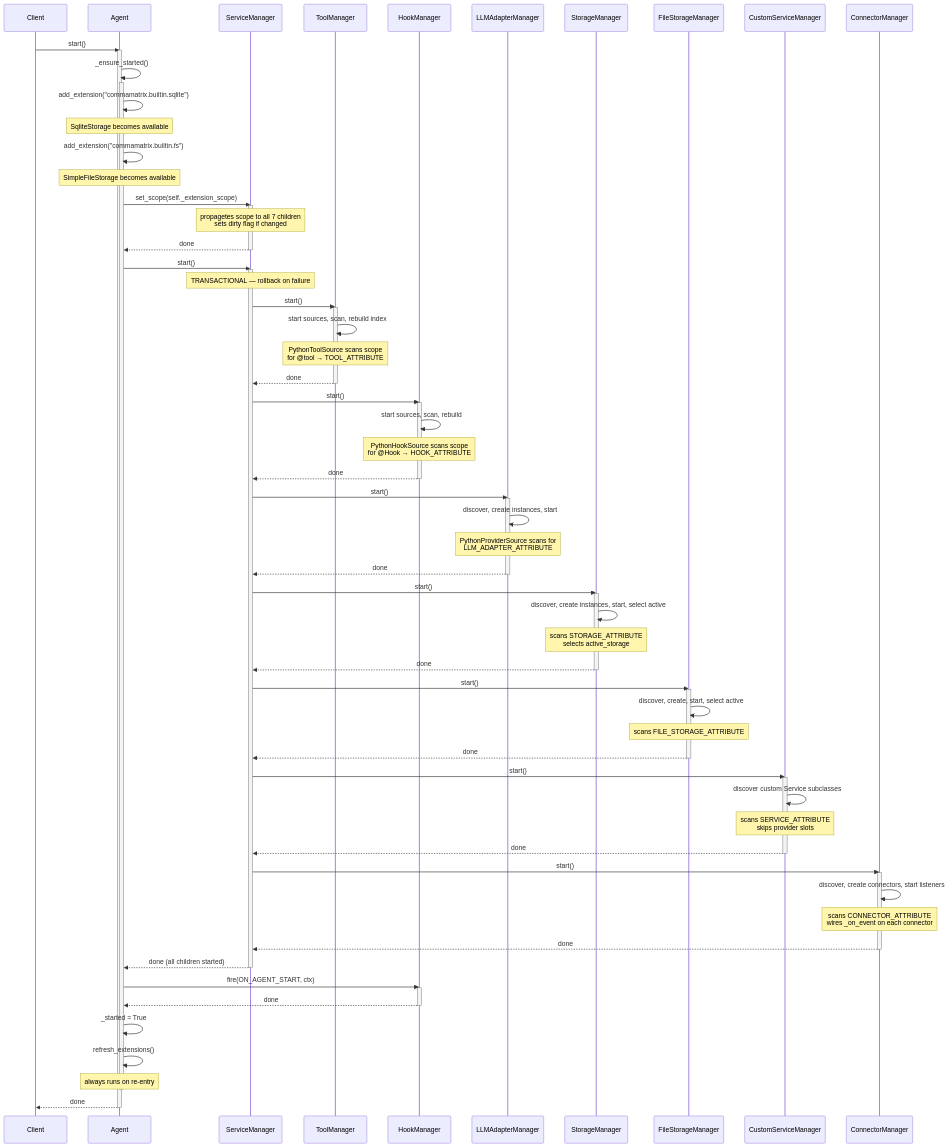
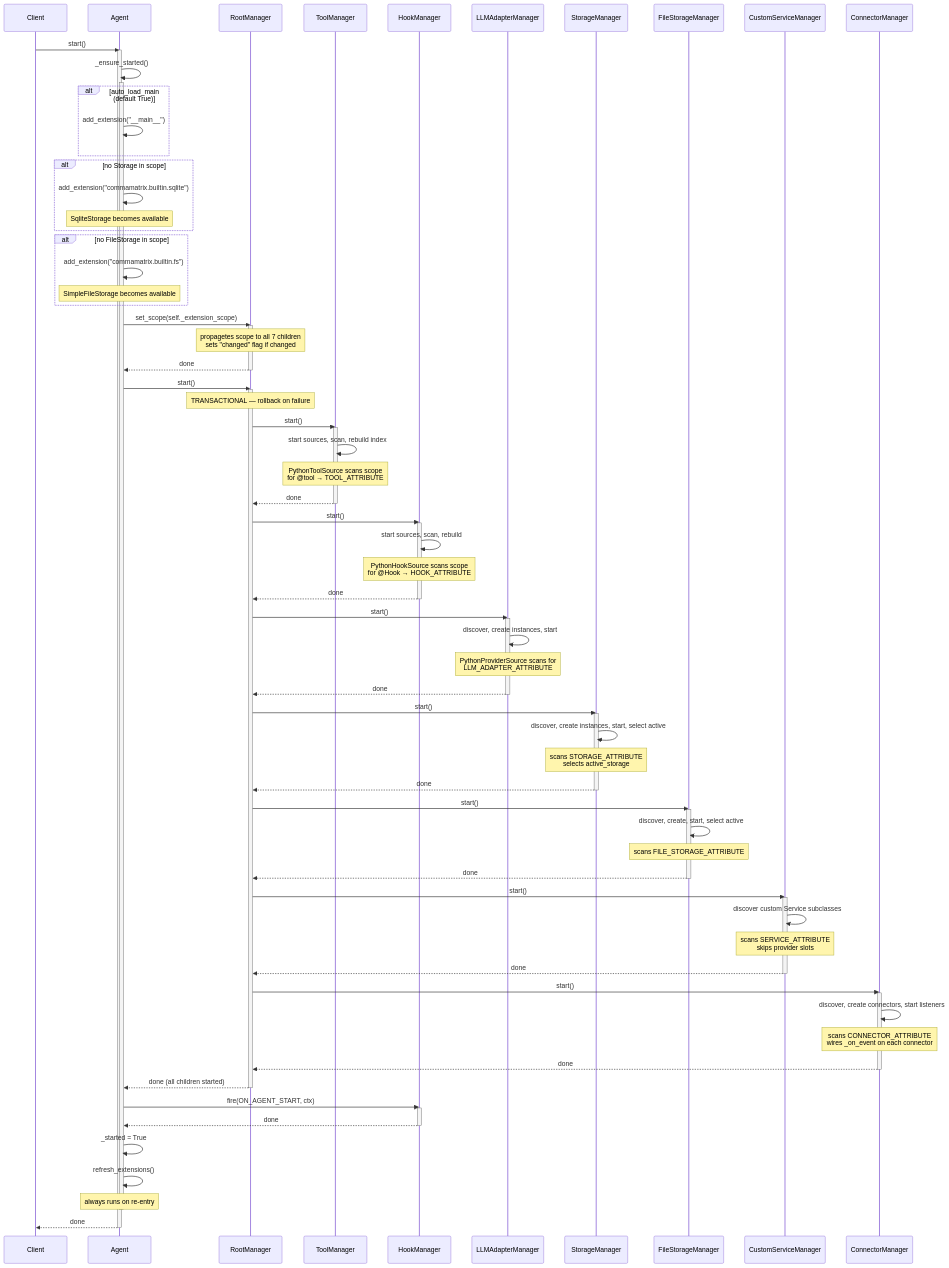
Before and after one commit to matrixd0t/commamatrix: the sixth of 12 diagrams in visuals.md, drawn with Mermaid. The commit also changed other lines of this file and 34 other files, not shown here.

```diff
--- a/visuals.md
+++ b/visuals.md
@@ -244,7 +237,7 @@
 sequenceDiagram
     participant Client
     participant Agent
-    participant SM as ServiceManager
+    participant SM as RootManager
     participant TM as ToolManager
     participant HM as HookManager
     participant LM as LLMAdapterManager
@@ -259,15 +252,23 @@
     Agent->>Agent: _ensure_started()
     activate Agent
 
-    Agent->>Agent: add_extension("commamatrix.builtin.sqlite")
-    Note over Agent: SqliteStorage becomes available
+    alt auto_load_main (default True)
+        Agent->>Agent: add_extension("__main__")
+    end
 
-    Agent->>Agent: add_extension("commamatrix.builtin.fs")
-    Note over Agent: SimpleFileStorage becomes available
+    alt no Storage in scope
+        Agent->>Agent: add_extension("commamatrix.builtin.sqlite")
+        Note over Agent: SqliteStorage becomes available
+    end
+
+    alt no FileStorage in scope
+        Agent->>Agent: add_extension("commamatrix.builtin.fs")
+        Note over Agent: SimpleFileStorage becomes available
+    end
 
     Agent->>SM: set_scope(self._extension_scope)
     activate SM
-    Note over SM: propagetes scope to all 7 children<br/>sets dirty flag if changed
+    Note over SM: propagetes scope to all 7 children<br/>sets "changed" flag if changed
     SM-->>Agent: done
     deactivate SM
 
```
